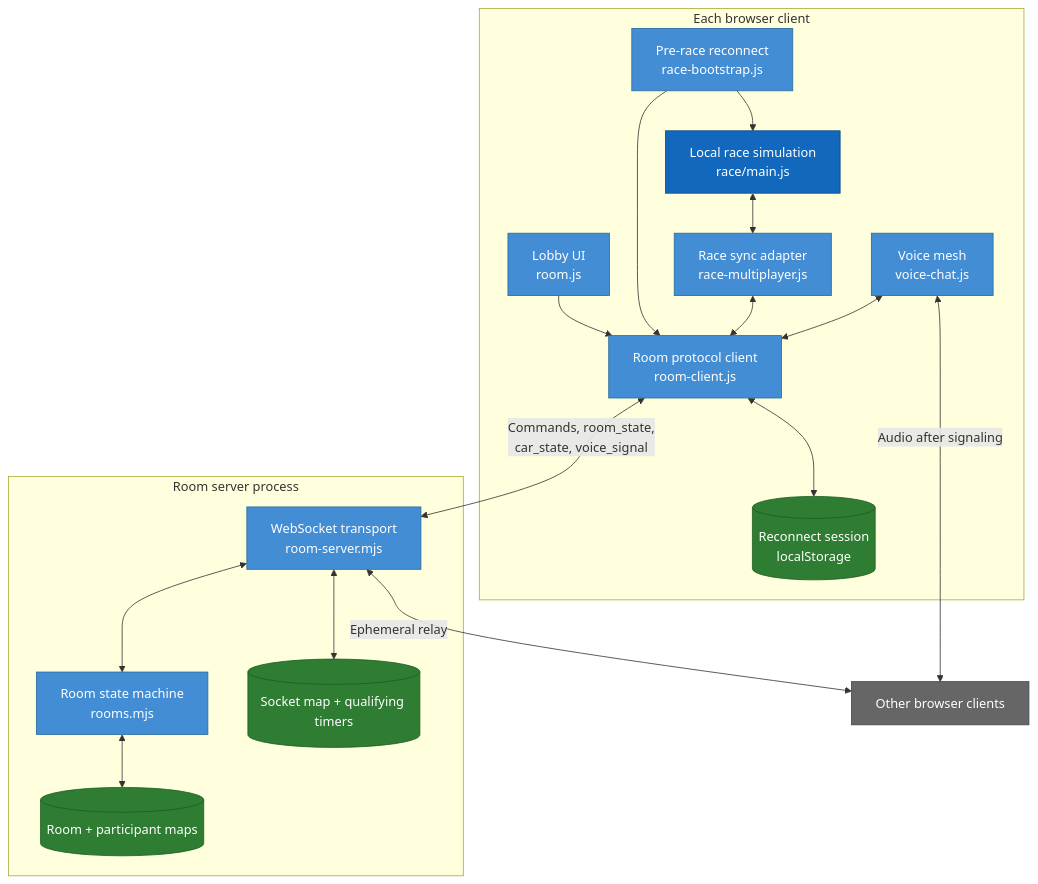
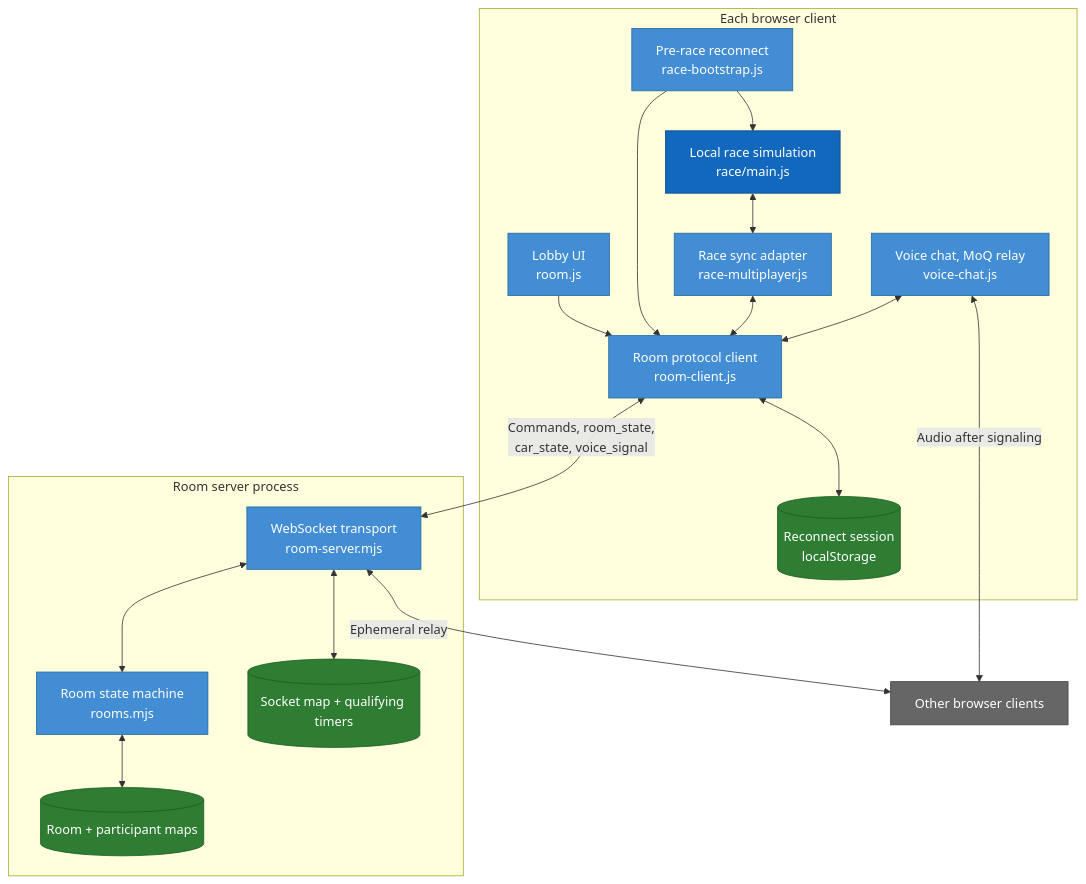
One commit to ottobit/f1-racer changed the fourth of 7 diagrams in llm-wiki/wiki/f1-racer/c4-multiplayer.md. Above: the diagram before and after it, drawn with Mermaid. The commit also changed 1 other file, not shown here.

Commit message:
Wiki: C4 labels say MoQ voice (#369)
Claude-Session: https://claude.ai/code/session_01RyVTGiSWSE6WWHgLvujkxi

````diff
--- a/llm-wiki/wiki/f1-racer/c4-multiplayer.md
+++ b/llm-wiki/wiki/f1-racer/c4-multiplayer.md
@@ -104,40 +104,40 @@
 ```mermaid
 flowchart TB
   subgraph browser["Each browser client"]
     lobby["Lobby UI<br/>room.js"]:::component
     protocol["Room protocol client<br/>room-client.js"]:::component
     bootstrap["Pre-race reconnect<br/>race-bootstrap.js"]:::component
     adapter["Race sync adapter<br/>race-multiplayer.js"]:::component
     race["Local race simulation<br/>race/main.js"]:::container
-    voice["Voice mesh<br/>voice-chat.js"]:::component
+    voice["Voice chat, MoQ relay<br/>voice-chat.js"]:::component
     session[("Reconnect session<br/>localStorage")]:::data
   end
 
   subgraph server["Room server process"]
     transport["WebSocket transport<br/>room-server.mjs"]:::component
     stateMachine["Room state machine<br/>rooms.mjs"]:::component
     rooms[("Room + participant maps")]:::data
     sockets[("Socket map + qualifying timers")]:::data
   end
 
   peer["Other browser clients"]:::external
 
   lobby --> protocol
   bootstrap --> protocol
   bootstrap --> race
   race <--> adapter
   adapter <--> protocol
   voice <--> protocol
   protocol <--> session
   protocol <-->|"Commands, room_state,<br/>car_state, voice_signal"| transport
   transport <--> stateMachine
   stateMachine <--> rooms
   transport <--> sockets
   transport <-->|"Ephemeral relay"| peer
   voice <-->|"Audio after signaling"| peer
 
   classDef container fill:#1168bd,color:#fff,stroke:#0b4884
   classDef component fill:#438dd5,color:#fff,stroke:#246b9e
   classDef data fill:#2e7d32,color:#fff,stroke:#1b5e20
   classDef external fill:#666,color:#fff,stroke:#444
 ```
````
